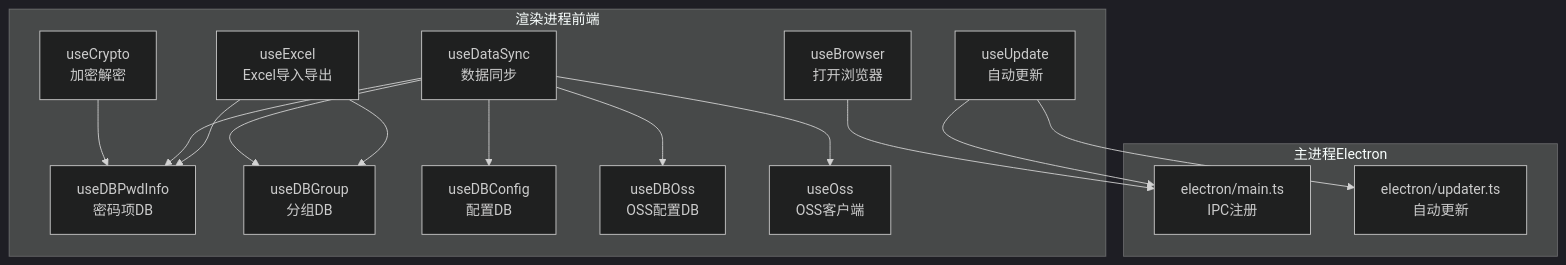
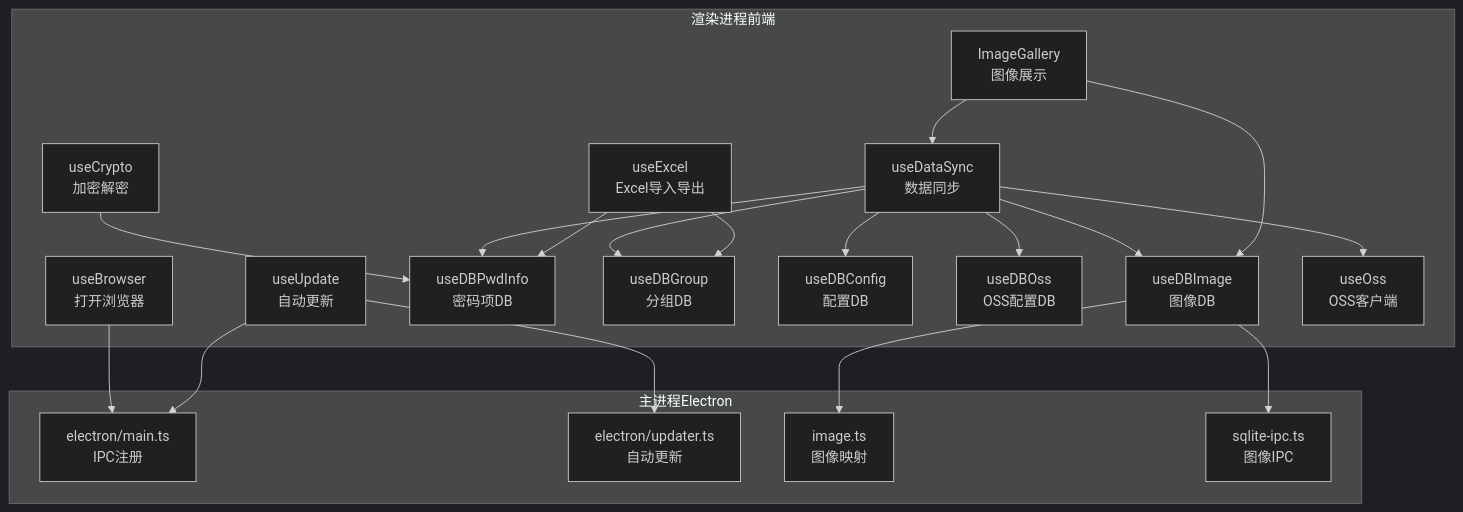
The first of 6 diagrams in .qoder/repowiki/zh/content/API参考手册/业务逻辑API/业务逻辑API.md (scgithub3220216/password-manager), drawn with Mermaid (dark theme) before and after one commit. The commit also changed other lines of this file and 15 other files, not shown here.

First line of the commit message:
feat(sync): 增强数据同步以支持图像数据管理

````diff
--- a/.qoder/repowiki/zh/content/API参考手册/业务逻辑API/业务逻辑API.md
+++ b/.qoder/repowiki/zh/content/API参考手册/业务逻辑API/业务逻辑API.md
@@ -51,30 +63,39 @@
 ```mermaid
 graph TB
 subgraph "渲染进程前端"
 UC["useCrypto<br/>加密解密"]
 UDS["useDataSync<br/>数据同步"]
 UEX["useExcel<br/>Excel导入导出"]
 UBR["useBrowser<br/>打开浏览器"]
 UUP["useUpdate<br/>自动更新"]
 UDBP["useDBPwdInfo<br/>密码项DB"]
 UDBG["useDBGroup<br/>分组DB"]
 UDBC["useDBConfig<br/>配置DB"]
 UDBO["useDBOss<br/>OSS配置DB"]
+UDBI["useDBImage<br/>图像DB"]
 UOS["useOss<br/>OSS客户端"]
+IG["ImageGallery<br/>图像展示"]
 end
 subgraph "主进程Electron"
 EM["electron/main.ts<br/>IPC注册"]
 EU["electron/updater.ts<br/>自动更新"]
+EIM["image.ts<br/>图像映射"]
+ESI["sqlite-ipc.ts<br/>图像IPC"]
 end
 UC --> UDBP
 UDS --> UDBO
 UDS --> UOS
 UDS --> UDBG
 UDS --> UDBP
 UDS --> UDBC
+UDS --> UDBI
 UEX --> UDBP
 UEX --> UDBG
 UBR --> EM
 UUP --> EM
 UUP --> EU
+UDBI --> EIM
+UDBI --> ESI
+IG --> UDBI
+IG --> UDS
 ```
````
